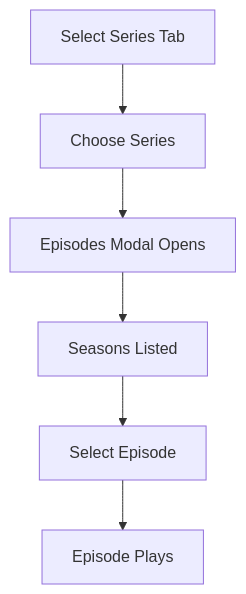
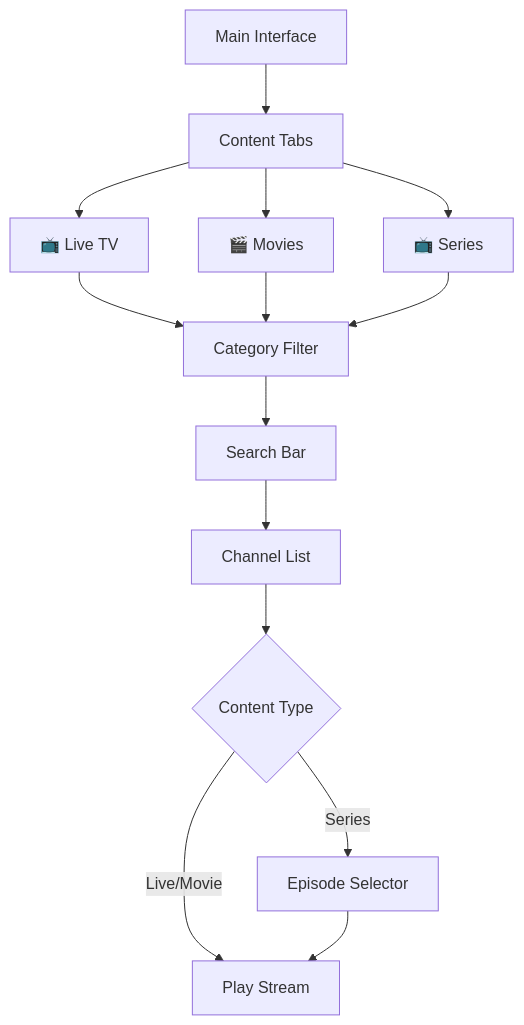
The second of 4 diagrams in README.md (xsukax/xsukax-IPTV-Player), drawn with Mermaid before and after one commit. The commit also changed other lines of this file, not shown here.

````diff
--- a/README.md
+++ b/README.md
@@ -169,8 +158,19 @@
 ```mermaid
-flowchart TD
-    A[Select Series Tab] --> B[Choose Series]
-    B --> C[Episodes Modal Opens]
-    C --> D[Seasons Listed]
-    D --> E[Select Episode]
-    E --> F[Episode Plays]
+graph TD
+    A[Main Interface] --> B[Content Tabs]
+    B --> C[📺 Live TV]
+    B --> D[🎬 Movies]
+    B --> E[📺 Series]
+    
+    C --> F[Category Filter]
+    D --> F
+    E --> F
+    
+    F --> G[Search Bar]
+    G --> H[Channel List]
+    H --> I{Content Type}
+    
+    I -->|Live/Movie| J[Play Stream]
+    I -->|Series| K[Episode Selector]
+    K --> J
 ```
````
